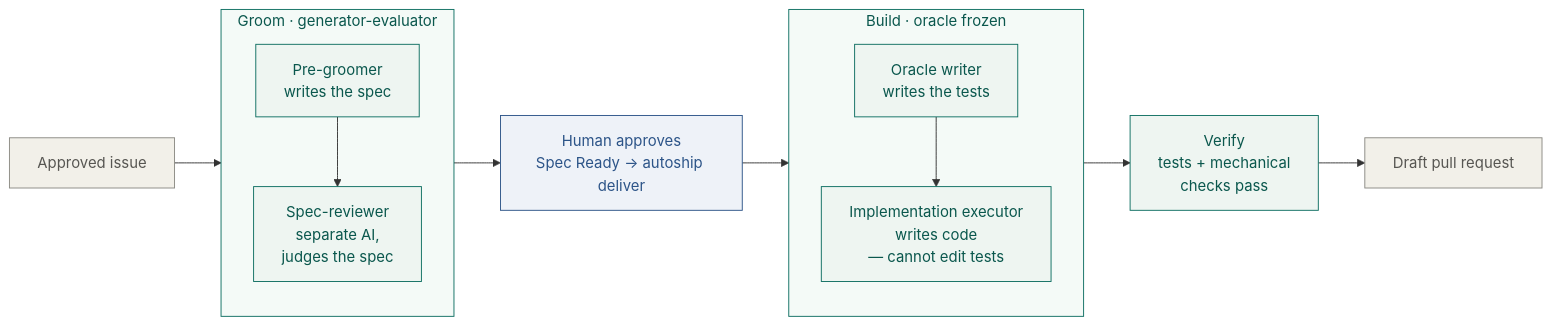
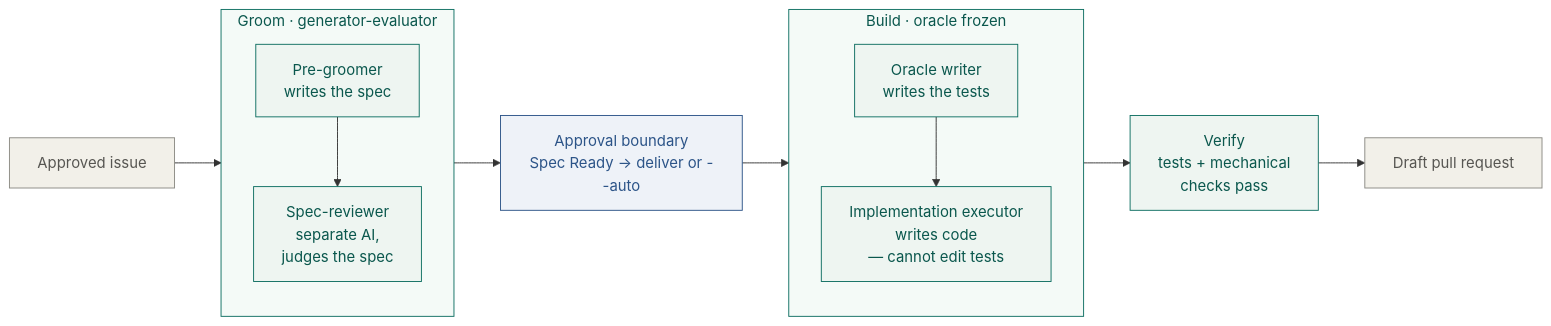
Before and after one commit to Calibrax-ai/autoship: the first of 5 diagrams in docs/architecture/deliver-architecture.md, drawn with Mermaid. The commit also changed other lines of this file and 3 other files, not shown here.

````diff
--- a/docs/architecture/deliver-architecture.md
+++ b/docs/architecture/deliver-architecture.md
@@ -53,40 +53,40 @@
 ```mermaid
 flowchart LR
     Issue["Approved issue"]
 
     subgraph GROOM ["Groom · generator-evaluator"]
       direction TB
       PG["Pre-groomer<br/>writes the spec"]
       BR["Spec-reviewer<br/>separate AI,<br/>judges the spec"]
       PG --> BR
     end
 
-    HA["Human approves<br/>Spec Ready → autoship deliver"]
+    HA["Approval boundary<br/>Spec Ready → deliver or --auto"]
 
     subgraph BUILD ["Build · oracle frozen"]
       direction TB
       S1["Oracle writer<br/>writes the tests"]
       S2["Implementation executor<br/>writes code<br/>— cannot edit tests"]
       S1 --> S2
     end
 
     V["Verify<br/>tests + mechanical<br/>checks pass"]
     PR["Draft pull request"]
 
     Issue --> GROOM
     GROOM --> HA
     HA --> BUILD
     BUILD --> V
     V --> PR
 
     classDef live fill:#eef5f1,stroke:#0d6e61,color:#0a574d
     classDef human fill:#eef2f8,stroke:#2c5488,color:#2c5488
     classDef ext fill:#f2f0e9,stroke:#8a8983,color:#575652
 
     class PG,BR,S1,S2,V live
     class HA human
     class Issue,PR ext
 
     style GROOM fill:#f4faf7,stroke:#0d6e61,stroke-width:1px,color:#0a574d
     style BUILD fill:#f4faf7,stroke:#0d6e61,stroke-width:1px,color:#0a574d
 ```
````
